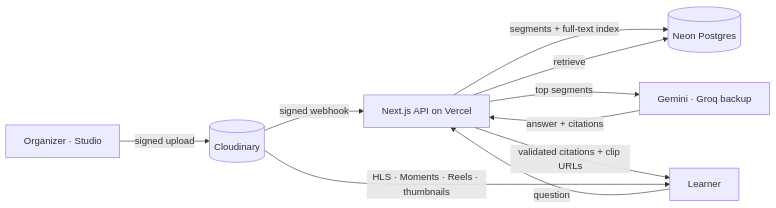
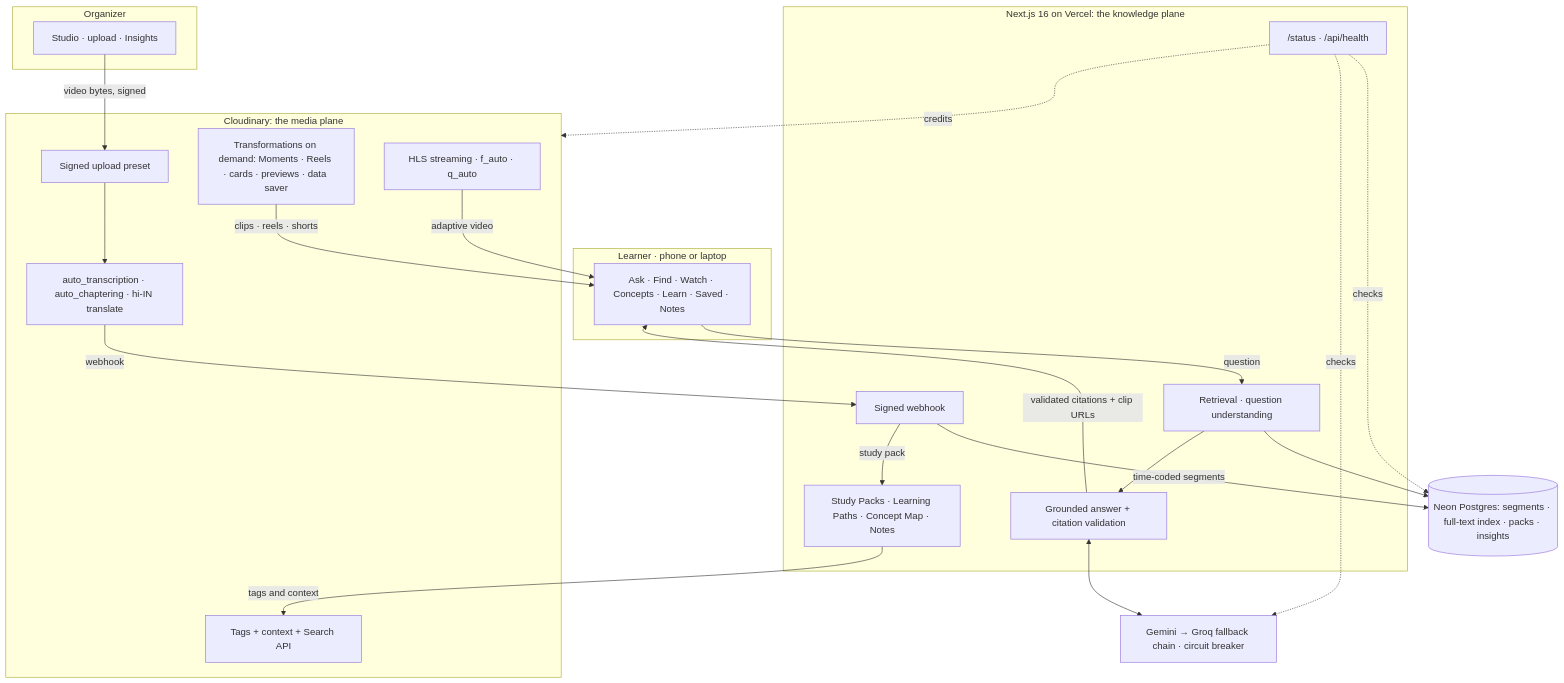
The diagram in README.md (Monolithic-Dev/Pravaha), drawn with Mermaid before and after one commit. The commit also changed other lines of this file and 3 other files, not shown here.

Commit message:
docs(business): who pays, unit economics, pricing hypothesis and a whole-system diagram

````diff
--- a/README.md
+++ b/README.md
@@ -146,12 +157,45 @@
 ```mermaid
-flowchart LR
-  O[Organizer · Studio] -- signed upload --> C[(Cloudinary)]
-  C -- signed webhook --> API[Next.js API on Vercel]
-  API -- segments + full-text index --> DB[(Neon Postgres)]
-  L[Learner] -- question --> API
-  API -- retrieve --> DB
-  API -- top segments --> G[Gemini · Groq backup]
-  G -- answer + citations --> API
-  API -- validated citations + clip URLs --> L
-  C -- HLS · Moments · Reels · thumbnails --> L
+flowchart TB
+  subgraph Org["Organizer"]
+    O["Studio · upload · Insights"]
+  end
+  subgraph Learn["Learner · phone or laptop"]
+    L["Ask · Find · Watch · Concepts · Learn · Saved · Notes"]
+  end
+
+  subgraph Cloudinary["Cloudinary: the media plane"]
+    U["Signed upload preset"]
+    AI["auto_transcription · auto_chaptering · hi-IN translate"]
+    T["Transformations on demand: Moments · Reels · cards · previews · data saver"]
+    S["HLS streaming · f_auto · q_auto"]
+    X["Tags + context + Search API"]
+  end
+
+  subgraph App["Next.js 16 on Vercel: the knowledge plane"]
+    W["Signed webhook"]
+    R["Retrieval · question understanding"]
+    G["Grounded answer + citation validation"]
+    P["Study Packs · Learning Paths · Concept Map · Notes"]
+    ST["/status · /api/health"]
+  end
+
+  DB[("Neon Postgres: segments · full-text index · packs · insights")]
+  M["Gemini → Groq fallback chain · circuit breaker"]
+
+  O -- video bytes, signed --> U
+  U --> AI
+  AI -- webhook --> W
+  W -- time-coded segments --> DB
+  W -- study pack --> P
+  P -- tags and context --> X
+  L -- question --> R
+  R --> DB
+  R --> G
+  G <--> M
+  G -- validated citations + clip URLs --> L
+  T -- clips · reels · shorts --> L
+  S -- adaptive video --> L
+  ST -. checks .-> DB
+  ST -. checks .-> M
+  ST -. credits .-> Cloudinary
 ```
````
